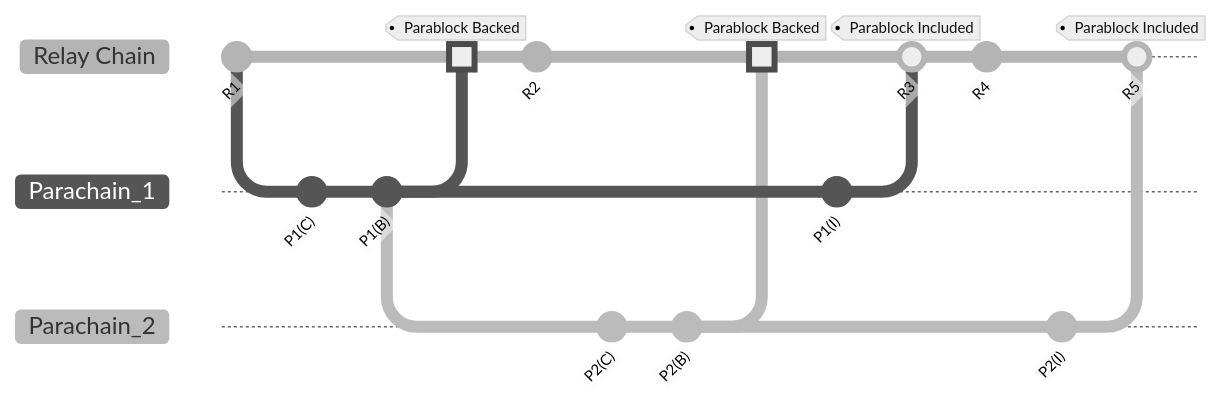
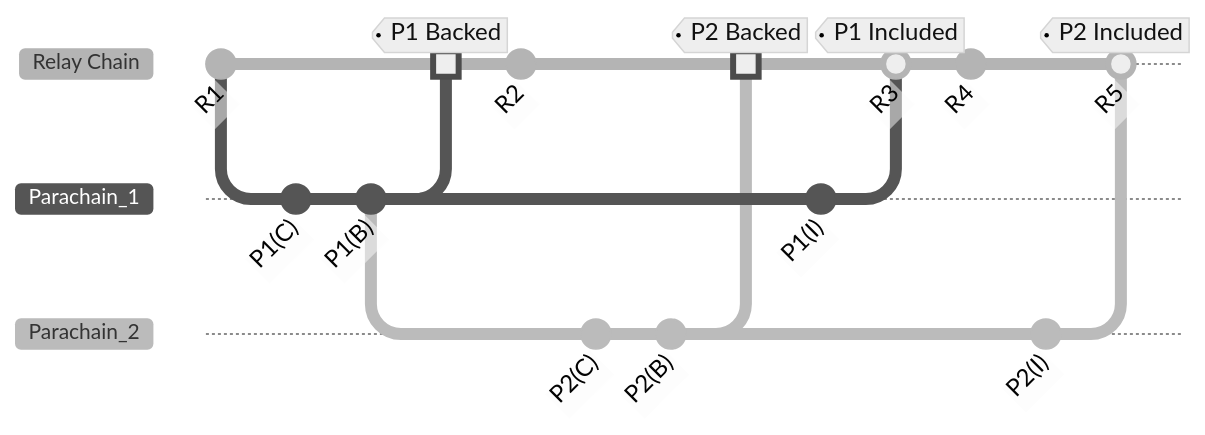
Before and after one commit to w3f/polkadot-wiki: the second of 2 diagrams in docs/learn/learn-async-backing.md, drawn with Mermaid. The commit also changed other lines of this file, not shown here.

````diff
--- a/docs/learn/learn-async-backing.md
+++ b/docs/learn/learn-async-backing.md
@@ -14,26 +87,26 @@
 ```mermaid
-%%{init: { 'logLevel': 'debug', 'theme': 'neutral', 'gitGraph': {'showBranches': true, 'showCommitLabel':true,'mainBranchName': 'Relay Chain'}} }%%
-      gitGraph
-        commit id:"R1"
-        branch Parachain_1 order: 2
-        commit id:"P1(C)"
-        commit id:"P1(B)"
-        branch Parachain_2 order: 3
-        checkout "Relay Chain"
-        merge Parachain_1 tag:"Parablock Backed" type:HIGHLIGHT
-        commit id:"R2"
-        checkout Parachain_2
-        commit id:"P2(C)"
-        commit id:"P2(B)"
-        checkout "Relay Chain"
-        merge Parachain_2 tag:"Parablock Backed" type:HIGHLIGHT
-        checkout Parachain_1
-        commit id:"P1(I)"
-        checkout "Relay Chain"
-        merge Parachain_1 tag:"Parablock Included" id:"R3"
-        commit id:"R4"
-        checkout Parachain_2
-        commit id:"P2(I)"
-        checkout "Relay Chain"
-        merge Parachain_2 tag:"Parablock Included" id:"R5"
+%%{init: { 'logLevel': 'debug', 'theme': 'neutral', 'themeVariables': { 'fontSize': '14px', 'commitLabelFontSize': '16px', 'tagLabelFontSize': '16px' }, 'gitGraph': {'showBranches': true, 'showCommitLabel':true,'mainBranchName': 'Relay Chain'}} }%%
+gitGraph
+commit id:"R1"
+branch Parachain_1 order: 2
+commit id:"P1(C)"
+commit id:"P1(B)"
+branch Parachain_2 order: 3
+checkout "Relay Chain"
+merge Parachain_1 tag:"P1 Backed" type:HIGHLIGHT
+commit id:"R2"
+checkout Parachain_2
+commit id:"P2(C)"
+commit id:"P2(B)"
+checkout "Relay Chain"
+merge Parachain_2 tag:"P2 Backed" type:HIGHLIGHT
+checkout Parachain_1
+commit id:"P1(I)"
+checkout "Relay Chain"
+merge Parachain_1 tag:"P1 Included" id:"R3"
+commit id:"R4"
+checkout Parachain_2
+commit id:"P2(I)"
+checkout "Relay Chain"
+merge Parachain_2 tag:"P2 Included" id:"R5"
 ```
````
